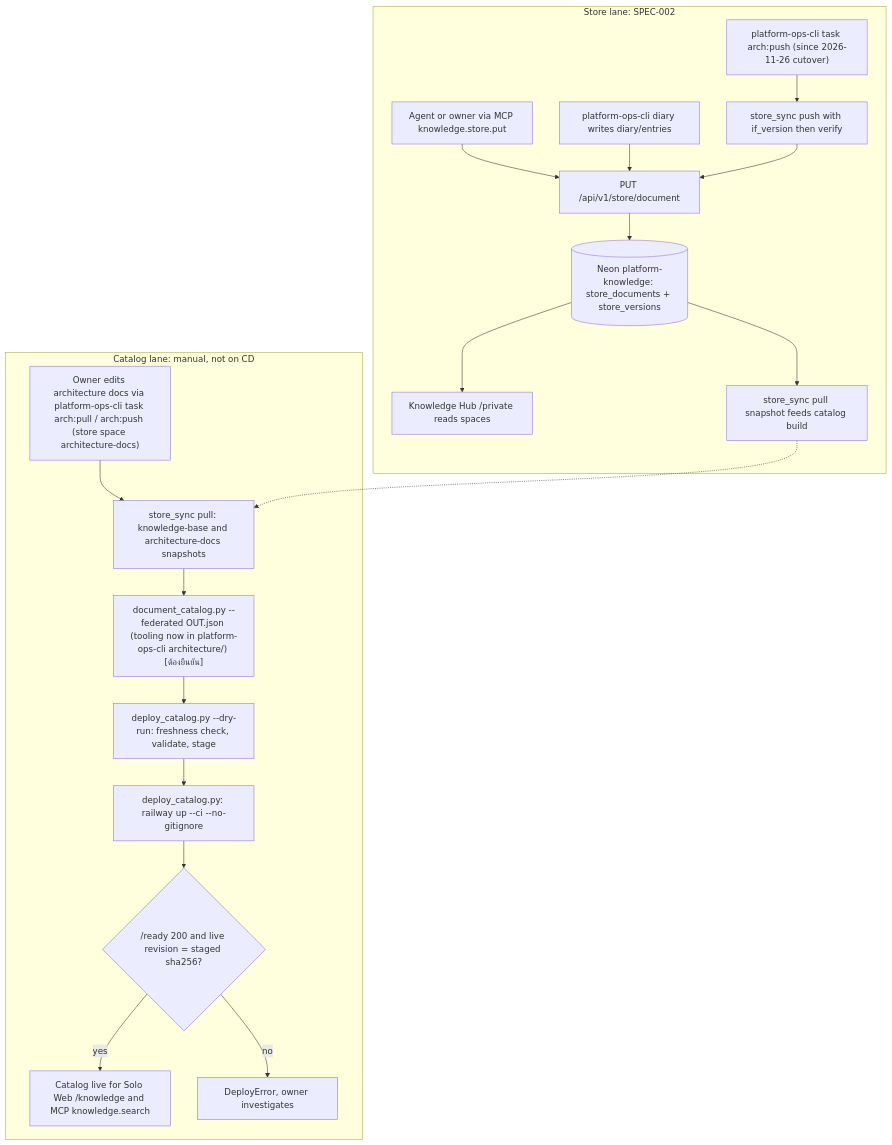
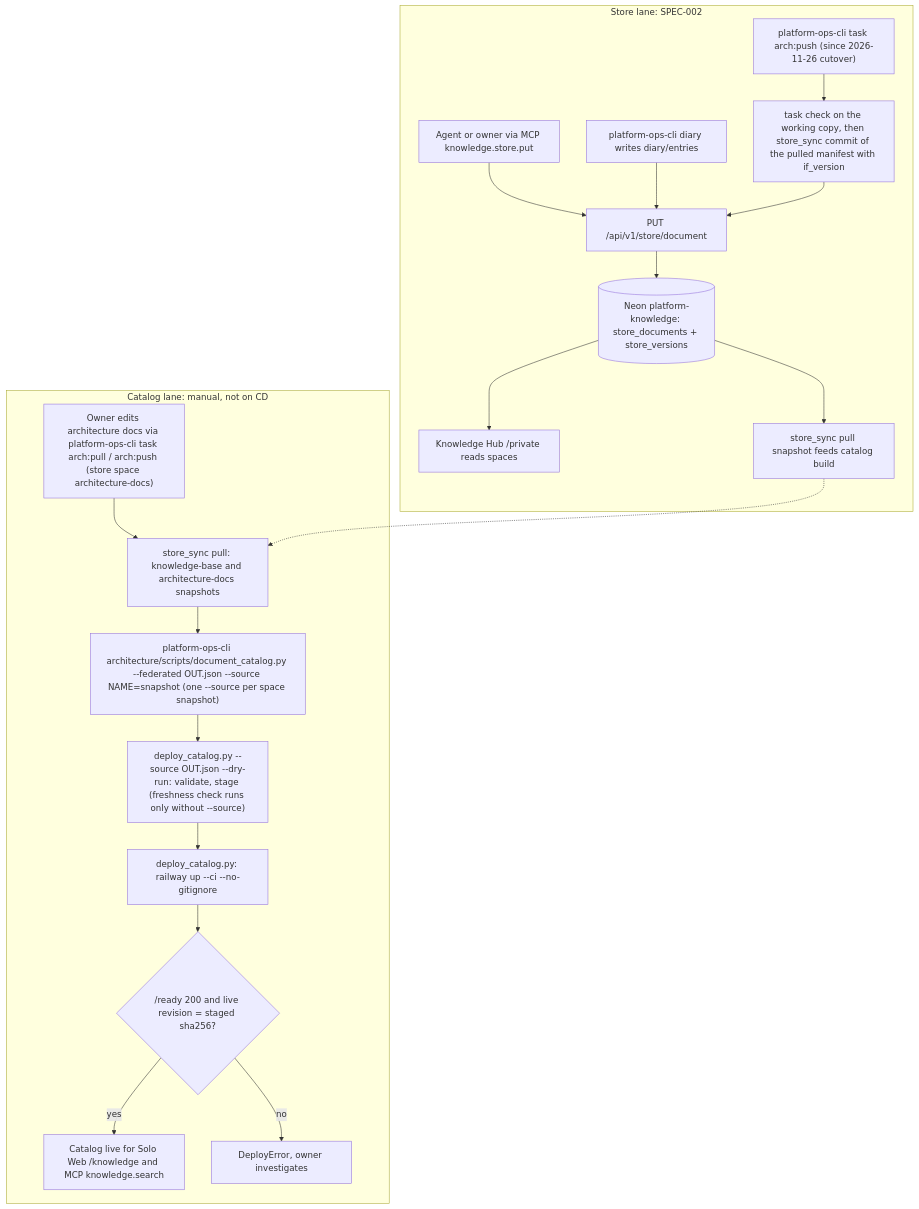
Before and after one commit to bookchaowalit/platform-knowledge-api: the first of 2 diagrams in docs/diagrams/01-business-process.md, drawn with Mermaid. The commit also changed other lines of this file, not shown here.

Commit message:
docs(diagrams): catalog --source flow and arch:push via store_sync commit

````diff
--- a/docs/diagrams/01-business-process.md
+++ b/docs/diagrams/01-business-process.md
@@ -9,22 +9,22 @@
 ```mermaid
 flowchart TD
   subgraph CATALOG["Catalog lane: manual, not on CD"]
     A1["Owner edits architecture docs via platform-ops-cli task arch:pull / arch:push (store space architecture-docs)"] --> A2["store_sync pull: knowledge-base and architecture-docs snapshots"]
-    A2 --> A3["document_catalog.py --federated OUT.json (tooling now in platform-ops-cli architecture/) [ต้องยืนยัน]"]
-    A3 --> A4["deploy_catalog.py --dry-run: freshness check, validate, stage"]
+    A2 --> A3["platform-ops-cli architecture/scripts/document_catalog.py --federated OUT.json --source NAME=snapshot (one --source per space snapshot)"]
+    A3 --> A4["deploy_catalog.py --source OUT.json --dry-run: validate, stage (freshness check runs only without --source)"]
     A4 --> A5["deploy_catalog.py: railway up --ci --no-gitignore"]
     A5 --> A6{"/ready 200 and live revision = staged sha256?"}
     A6 -->|"yes"| A7["Catalog live for Solo Web /knowledge and MCP knowledge.search"]
     A6 -->|"no"| A8["DeployError, owner investigates"]
   end
   subgraph STORE["Store lane: SPEC-002"]
     B1["Agent or owner via MCP knowledge.store.put"] --> B3["PUT /api/v1/store/document"]
     B2["platform-ops-cli diary writes diary/entries"] --> B3
-    B4["platform-ops-cli task arch:push (since 2026-11-26 cutover)"] --> B5["store_sync push with if_version then verify"]
+    B4["platform-ops-cli task arch:push (since 2026-11-26 cutover)"] --> B5["task check on the working copy, then store_sync commit of the pulled manifest with if_version"]
     B5 --> B3
     B3 --> B6[("Neon platform-knowledge: store_documents + store_versions")]
     B6 --> B7["Knowledge Hub /private reads spaces"]
     B6 --> B8["store_sync pull snapshot feeds catalog build"]
   end
   B8 -.-> A2
 ```
````
